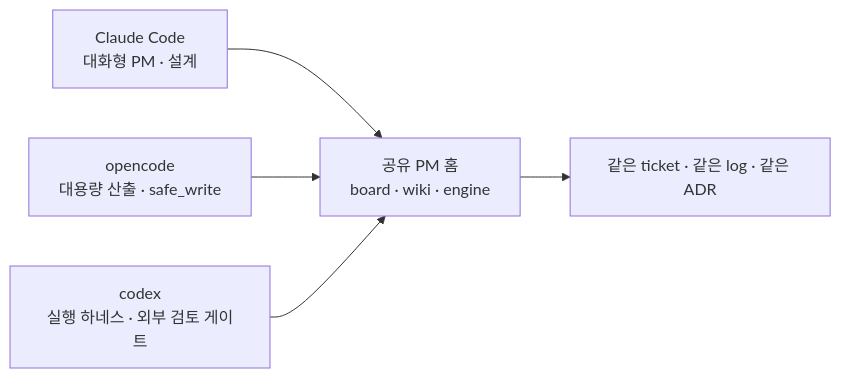
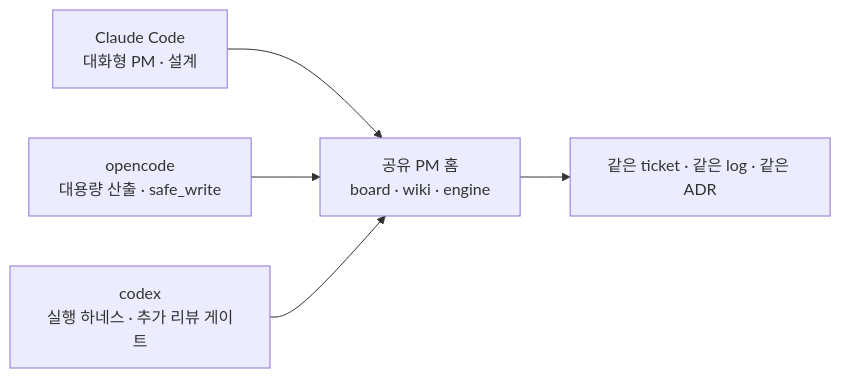
Diagram 11 of 12 in README.md (sumin-ahn/project_manager), drawn with Mermaid before and after one commit. The commit also changed other lines of this file and 198 other files, not shown here.

````diff
--- a/README.md
+++ b/README.md
@@ -423,12 +423,12 @@
 ```mermaid
 flowchart LR
     Home["공유 PM 홈<br/>board · wiki · engine"]
     Claude["Claude Code<br/>대화형 PM · 설계"]
     OpenCode["opencode<br/>대용량 산출 · safe_write"]
-    Codex["codex<br/>실행 하네스 · 외부 검토 게이트"]
+    Codex["codex<br/>실행 하네스 · 추가 리뷰 게이트"]
 
     Claude --> Home
     OpenCode --> Home
     Codex --> Home
     Home --> Ticket["같은 ticket · 같은 log · 같은 ADR"]
 ```
````
